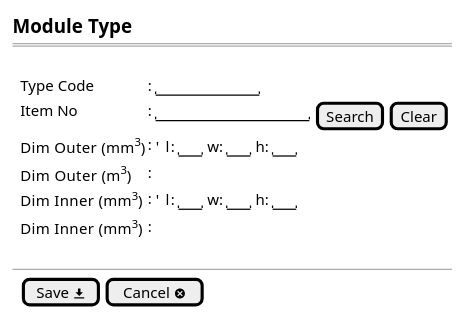
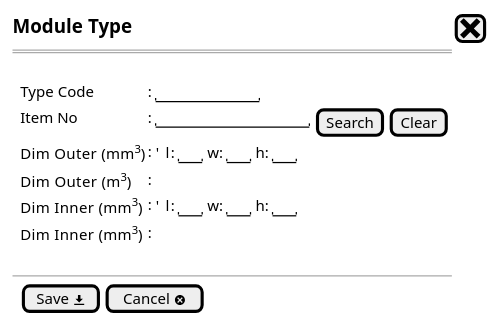
Before and after one commit to ari-fikri/packing-cost-mockup: the diagram in Module Type/module type - new step 0.puml, drawn with PlantUML. The commit also changed 3 other files, not shown here.

```diff
--- a/Module Type/module type - new step 0.puml
+++ b/Module Type/module type - new step 0.puml
@@ -1,21 +1,21 @@
 @startsalt
 {
-  <size:15><b>Module Type
+  <size:15><b>Module Type|[<size:25><&x>]|*
   ==
   .
   {   
     .|Type Code      |: |"          "|*
     .|Item No        |: |"               "| [Search] |* |[Clear] |*
     .|Dim  Outer (mm<sup>3</sup>) |: {'  l:|"  "|w:|"  "|h:|"  "|}|*
     .|Dim  Outer (m<sup>3</sup>)  |: |*
     .|Dim  Inner (mm<sup>3</sup>) |: {'  l:|"  "|w:|"  "|h:|"  "|}|*
     .|Dim  Inner (mm<sup>3</sup>) |: |*
   }
   .
 --  
 {
   .|  [Save <&data-transfer-download>] |  [Cancel <&circle-x>] |*
   }
 }
 
   @endsalt
```
